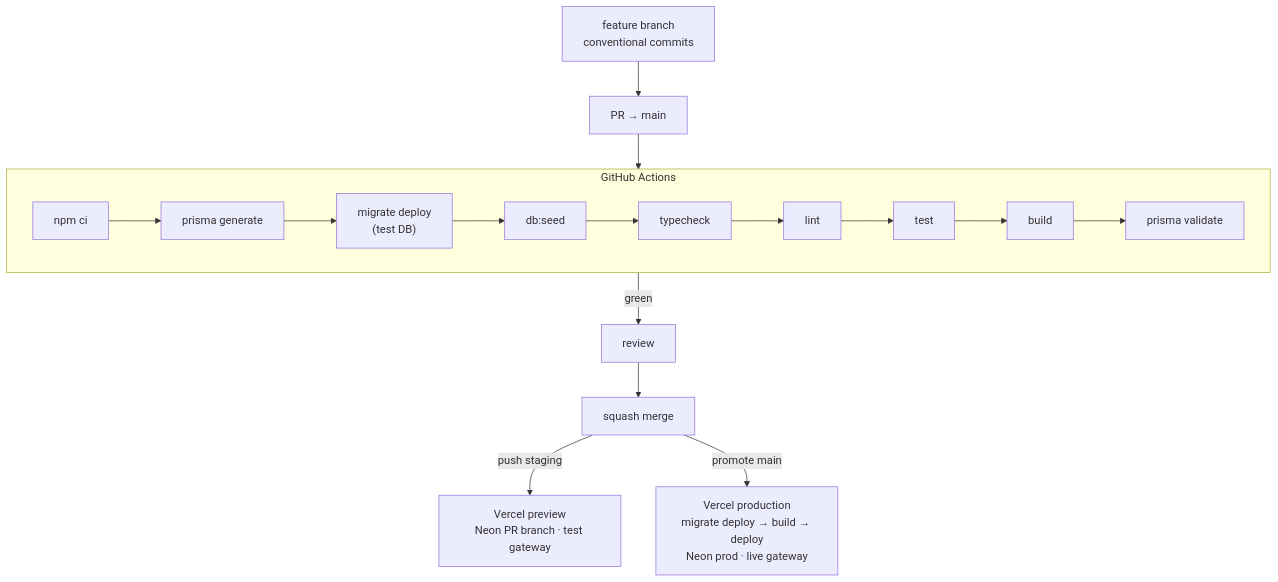
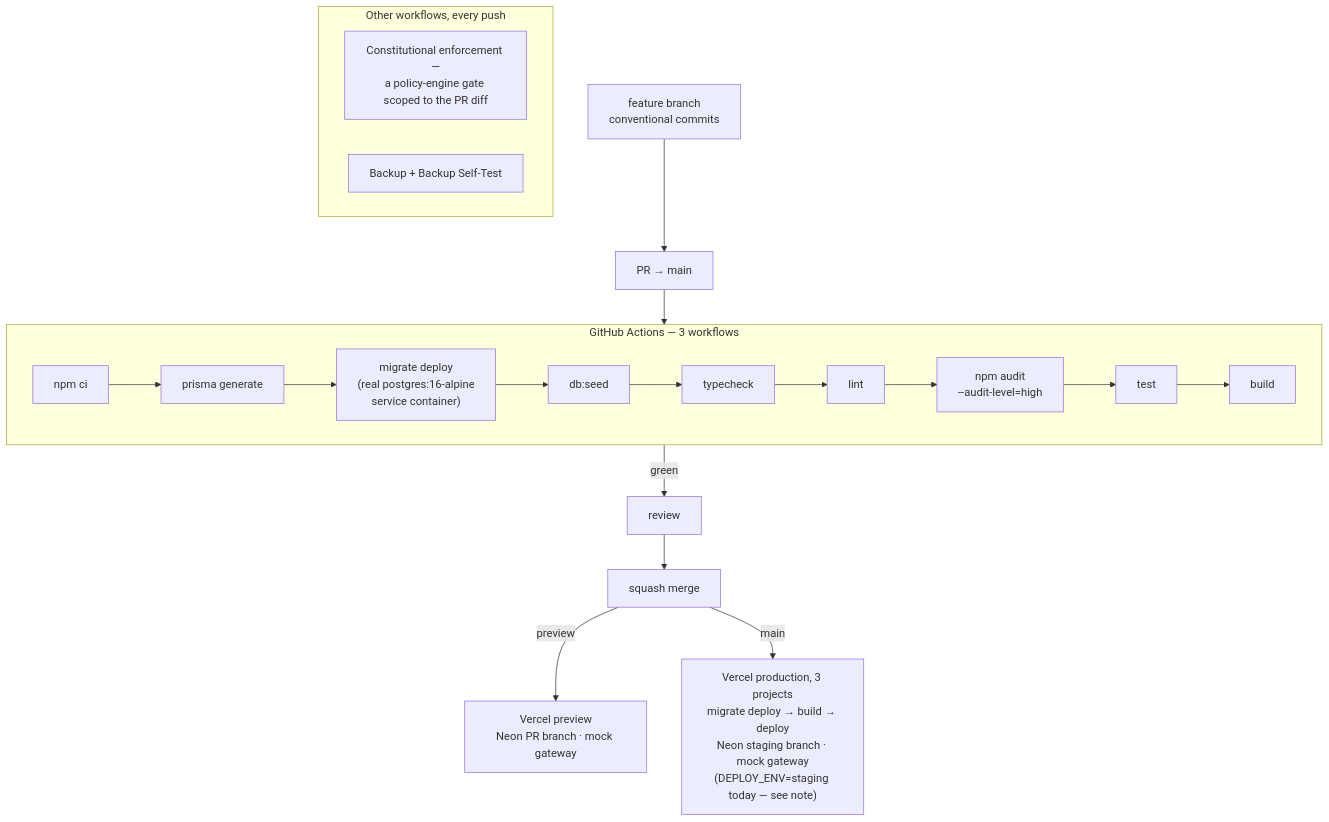
One commit to KSDRILL-SA/Xkimi-Xa-Mali changed the first of 3 diagrams in docs/architecture/04-infrastructure-deployment.md. Above: the diagram before and after it, drawn with Mermaid. The commit also changed other lines of this file and 6 other files, not shown here.

First line of the commit message:
docs: bring architecture docs current with the real 3-app stack (#437)

````diff
--- a/docs/architecture/04-infrastructure-deployment.md
+++ b/docs/architecture/04-infrastructure-deployment.md
@@ -19,15 +19,19 @@
 ```mermaid
 flowchart TD
     DEV["feature branch<br/>conventional commits"] --> PR["PR → main"]
     PR --> CI
 
-    subgraph CI["GitHub Actions"]
+    subgraph CI["GitHub Actions — 3 workflows"]
         direction LR
-        INSTALL["npm ci"] --> GEN["prisma generate"] --> MIG["migrate deploy<br/>(test DB)"] --> SEED["db:seed"]
-        SEED --> TC["typecheck"] --> LINT["lint"] --> TEST["test"] --> BUILD["build"] --> VAL["prisma validate"]
+        INSTALL["npm ci"] --> GEN["prisma generate"] --> MIG["migrate deploy<br/>(real postgres:16-alpine<br/>service container)"] --> SEED["db:seed"]
+        SEED --> TC["typecheck"] --> LINT["lint"] --> AUDIT["npm audit<br/>--audit-level=high"] --> TEST["test"] --> BUILD["build"]
+    end
+    subgraph OTHER_WF["Other workflows, every push"]
+        GOV["Constitutional enforcement —<br/>a policy-engine gate scoped to the PR diff"]
+        BACKUP["Backup + Backup Self-Test"]
     end
 
     CI -->|green| REVIEW["review"] --> MERGE["squash merge"]
-    MERGE -->|push staging| PREV["Vercel preview<br/>Neon PR branch · test gateway"]
-    MERGE -->|promote main| PROD["Vercel production<br/>migrate deploy → build → deploy<br/>Neon prod · live gateway"]
+    MERGE -->|preview| PREV["Vercel preview<br/>Neon PR branch · mock gateway"]
+    MERGE -->|main| PROD["Vercel production, 3 projects<br/>migrate deploy → build → deploy<br/>Neon staging branch · mock gateway<br/>(DEPLOY_ENV=staging today — see note)"]
 ```
````
